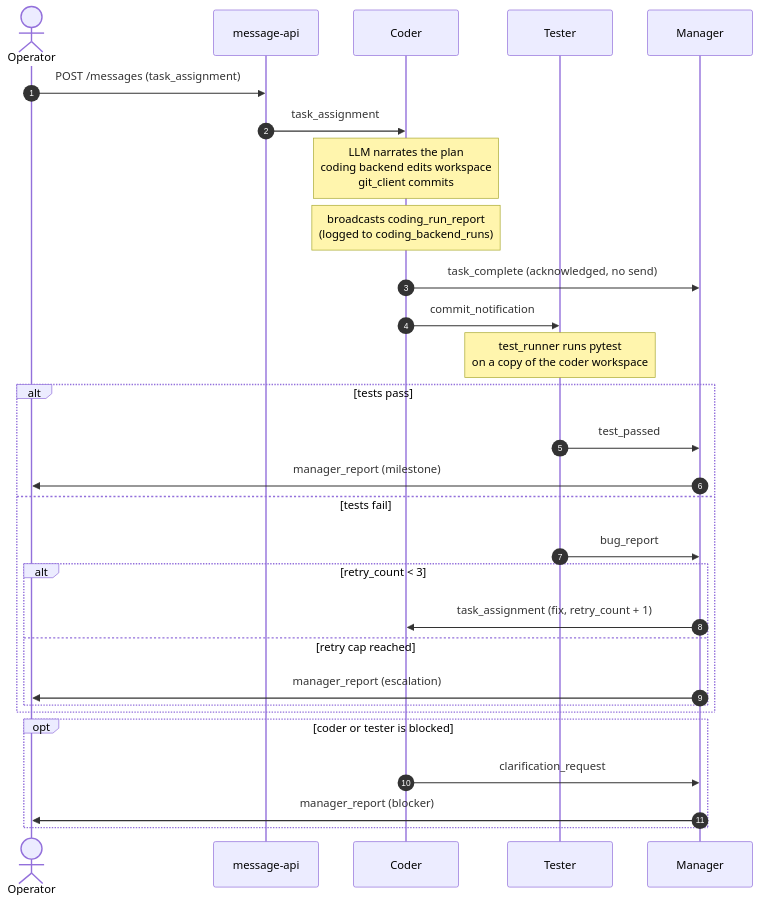
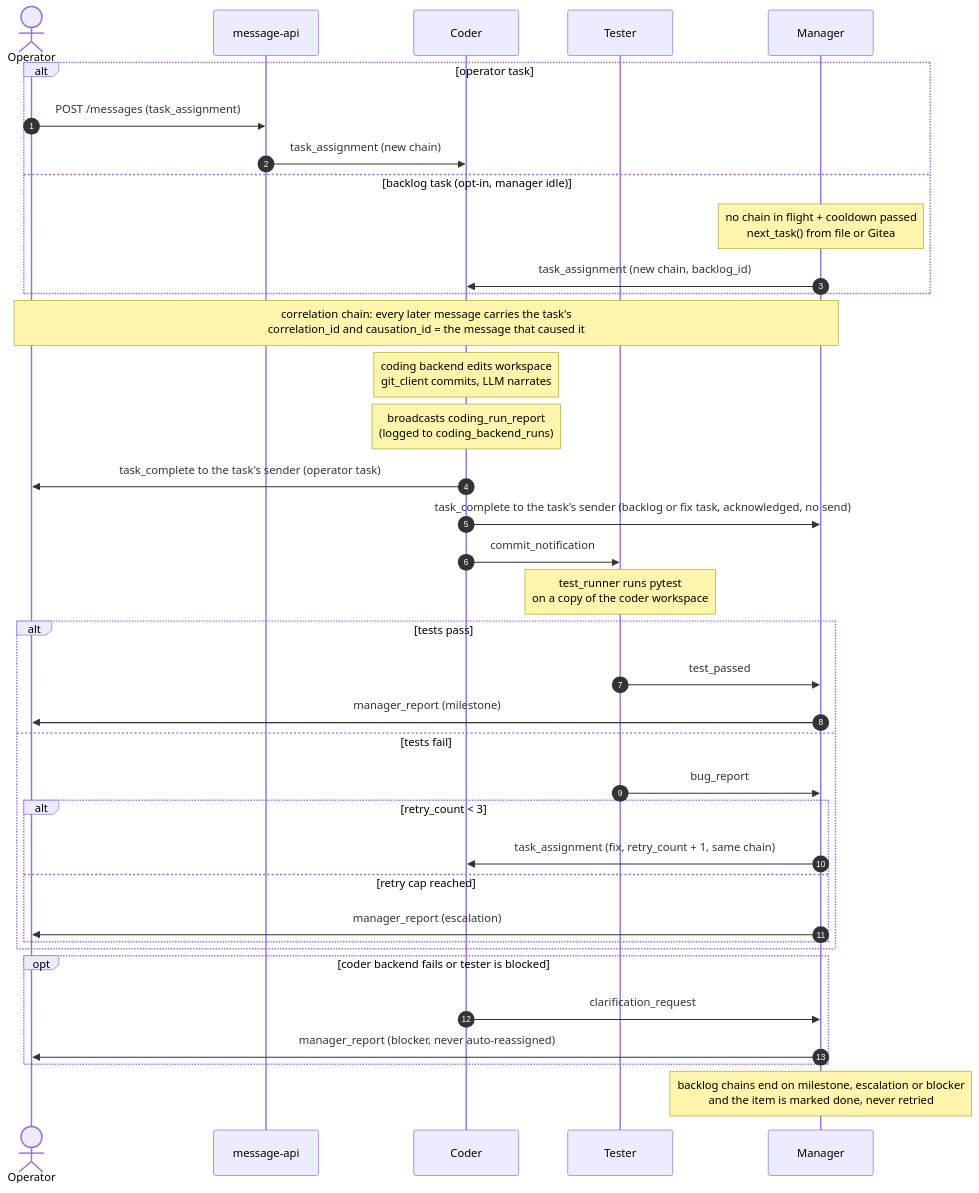
One commit to builderOfTheWorlds/virtualTubers changed the second of 5 diagrams in docs/feature_flow_diagram.md. Above: the diagram before and after it, drawn with Mermaid. The commit also changed other lines of this file and 28 other files, not shown here.

First line of the commit message:
docs: sync flow reference, diagrams, README and deploy docs to code

````diff
--- a/docs/feature_flow_diagram.md
+++ b/docs/feature_flow_diagram.md
@@ -123,32 +143,40 @@
 ```mermaid
 sequenceDiagram
     autonumber
     actor Op as Operator
     participant API as message-api
     participant C as Coder
     participant T as Tester
     participant M as Manager
 
-    Op->>API: POST /messages (task_assignment)
-    API->>C: task_assignment
-    Note over C: LLM narrates the plan<br/>coding backend edits workspace<br/>git_client commits
+    alt operator task
+        Op->>API: POST /messages (task_assignment)
+        API->>C: task_assignment (new chain)
+    else backlog task (opt-in, manager idle)
+        Note over M: no chain in flight + cooldown passed<br/>next_task() from file or Gitea
+        M->>C: task_assignment (new chain, backlog_id)
+    end
+    Note over Op,M: correlation chain: every later message carries the task's<br/>correlation_id and causation_id = the message that caused it
+    Note over C: coding backend edits workspace<br/>git_client commits, LLM narrates
     Note over C: broadcasts coding_run_report<br/>(logged to coding_backend_runs)
-    C->>M: task_complete (acknowledged, no send)
+    C->>Op: task_complete to the task's sender (operator task)
+    C->>M: task_complete to the task's sender (backlog or fix task, acknowledged, no send)
     C->>T: commit_notification
     Note over T: test_runner runs pytest<br/>on a copy of the coder workspace
     alt tests pass
         T->>M: test_passed
         M->>Op: manager_report (milestone)
     else tests fail
         T->>M: bug_report
         alt retry_count < 3
-            M->>C: task_assignment (fix, retry_count + 1)
+            M->>C: task_assignment (fix, retry_count + 1, same chain)
         else retry cap reached
             M->>Op: manager_report (escalation)
         end
     end
-    opt coder or tester is blocked
+    opt coder backend fails or tester is blocked
         C->>M: clarification_request
-        M->>Op: manager_report (blocker)
+        M->>Op: manager_report (blocker, never auto-reassigned)
     end
+    Note over M: backlog chains end on milestone, escalation or blocker<br/>and the item is marked done, never retried
 ```
````
